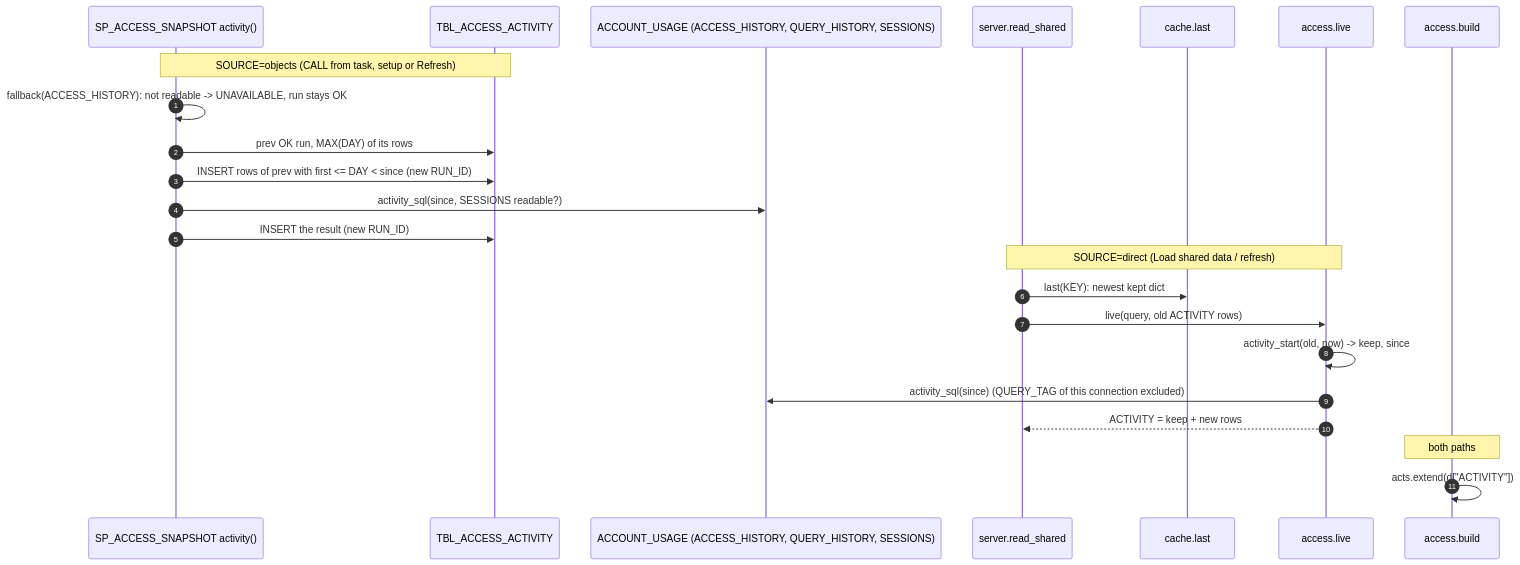
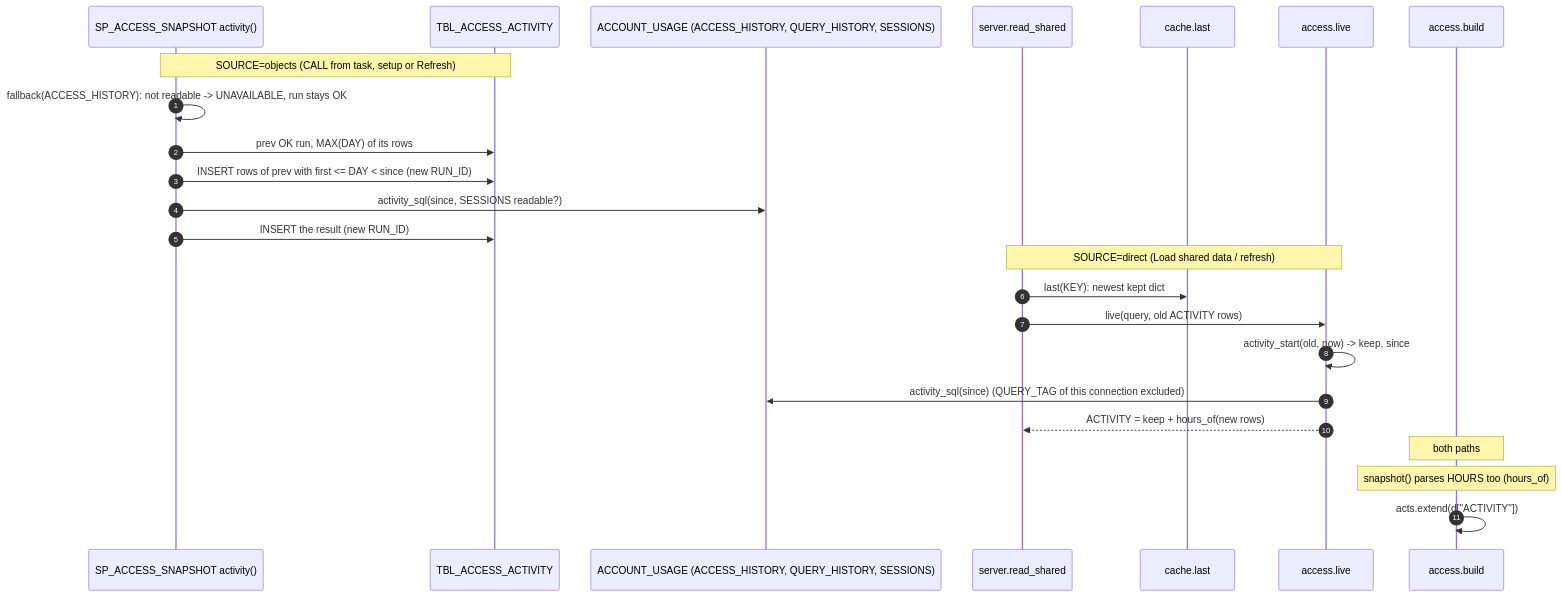
The diagram in snowflake-access-explorer-knowledge-graph/flows/activity-read.md (darshanmeel/snowflake-access-explorer), drawn with Mermaid before and after one commit. The commit also changed other lines of this file and 88 other files, not shown here.

First line of the commit message:
Knowledge graph and docs for the access log; per-day charts by user, role, client, statement, R/W/DDL, object kind

````diff
--- a/snowflake-access-explorer-knowledge-graph/flows/activity-read.md
+++ b/snowflake-access-explorer-knowledge-graph/flows/activity-read.md
@@ -6,25 +6,26 @@
 ```mermaid
 sequenceDiagram
     autonumber
     participant SP as SP_ACCESS_SNAPSHOT activity()
     participant T as TBL_ACCESS_ACTIVITY
     participant AU as ACCOUNT_USAGE (ACCESS_HISTORY, QUERY_HISTORY, SESSIONS)
     participant S as server.read_shared
     participant C as cache.last
     participant L as access.live
     participant B as access.build
     Note over SP,T: SOURCE=objects (CALL from task, setup or Refresh)
     SP->>SP: fallback(ACCESS_HISTORY): not readable -> UNAVAILABLE, run stays OK
     SP->>T: prev OK run, MAX(DAY) of its rows
     SP->>T: INSERT rows of prev with first <= DAY < since (new RUN_ID)
     SP->>AU: activity_sql(since, SESSIONS readable?)
     SP->>T: INSERT the result (new RUN_ID)
     Note over S,L: SOURCE=direct (Load shared data / refresh)
     S->>C: last(KEY): newest kept dict
     S->>L: live(query, old ACTIVITY rows)
     L->>L: activity_start(old, now) -> keep, since
     L->>AU: activity_sql(since) (QUERY_TAG of this connection excluded)
-    L-->>S: ACTIVITY = keep + new rows
+    L-->>S: ACTIVITY = keep + hours_of(new rows)
     Note over B: both paths
+    Note over B: snapshot() parses HOURS too (hours_of)
     B->>B: acts.extend(d["ACTIVITY"])
 ```
````
